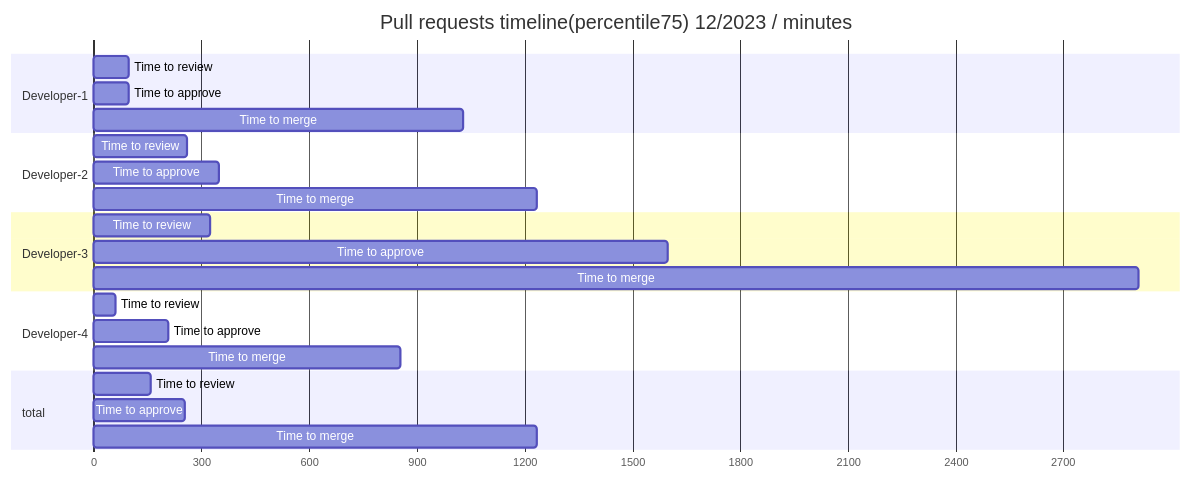
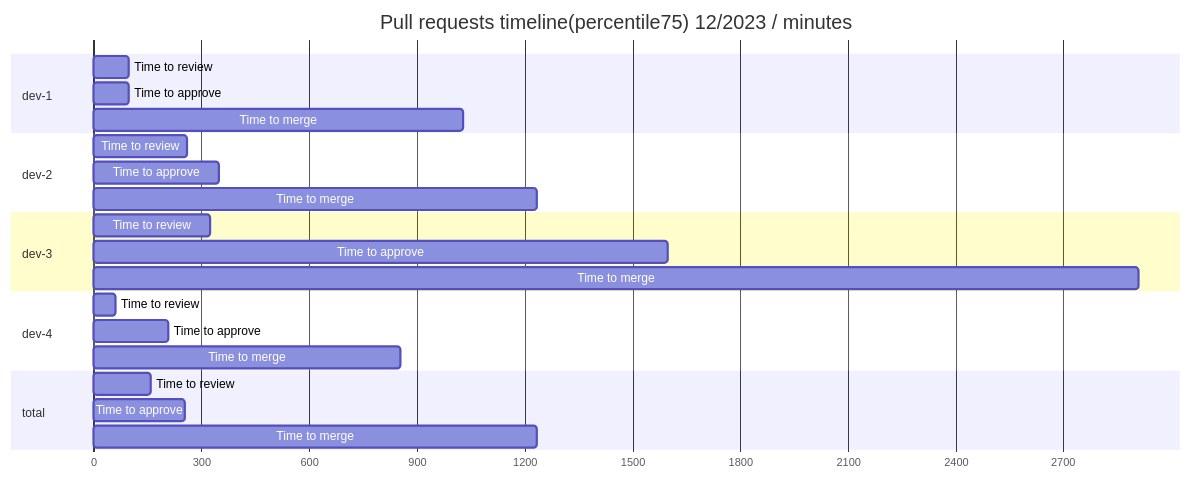
The first of 2 diagrams in README.md (AlexSim93/pull-request-analytics-action), drawn with Mermaid before and after one commit. The commit also changed other lines of this file, not shown here.

````diff
--- a/README.md
+++ b/README.md
@@ -28,31 +28,31 @@
   ```mermaid
   gantt
   title Pull requests timeline(percentile75) 12/2023 / minutes
   dateFormat X
   axisFormat %s
-  section Developer-1
+  section dev-1
   Time to review :  0, 99
   Time to approve :  0, 99
   Time to merge :  0, 1030
 
-  section Developer-2
+  section dev-2
   Time to review :  0, 260
   Time to approve :  0, 348
   Time to merge :  0, 1233
 
-  section Developer-3
+  section dev-3
   Time to review :  0, 325
   Time to approve :  0, 1600
   Time to merge :  0, 2910
 
-  section Developer-4
+  section dev-4
   Time to review :  0, 60
   Time to approve :  0, 207
   Time to merge :  0, 854
 
   section total
   Time to review :  0, 159
   Time to approve :  0, 254
   Time to merge :  0, 1233
 
   ```
````
